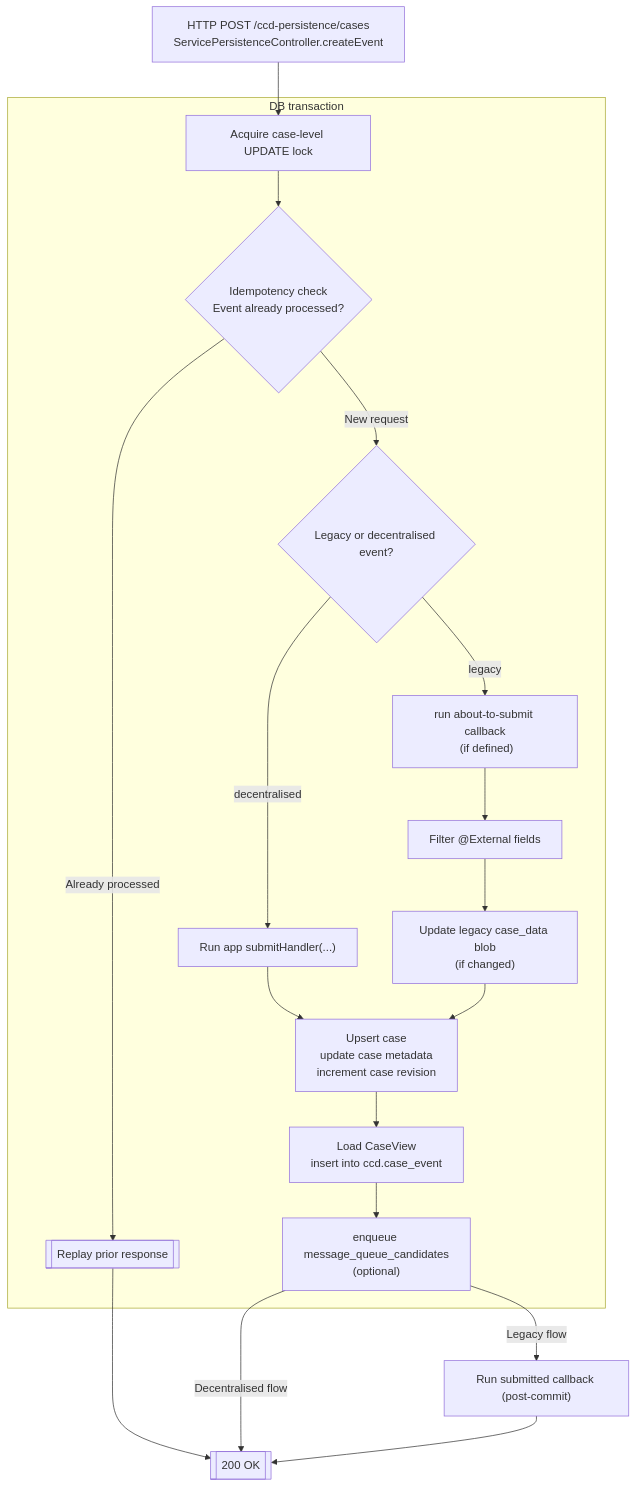
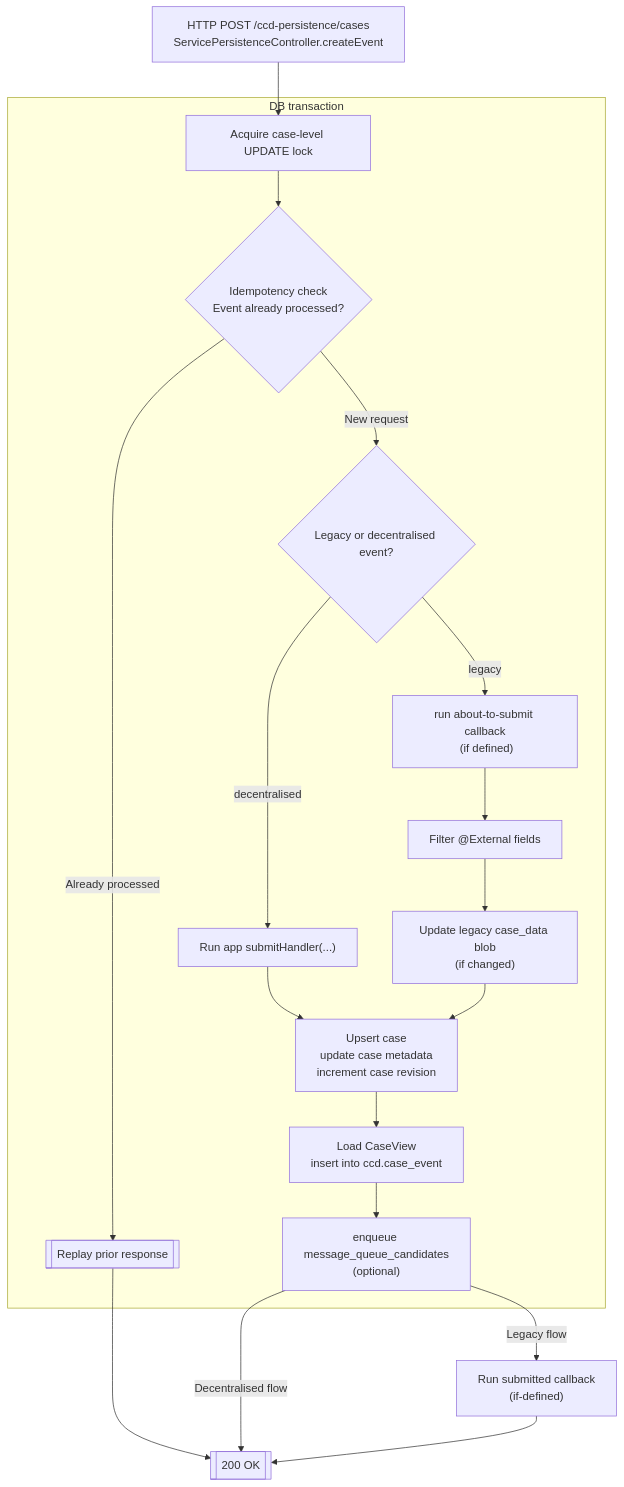
Before and after one commit to hmcts/dtsse-ccd-config-generator: the second of 2 diagrams in docs/decentralised-runtime.md, drawn with Mermaid. The commit also changed other lines of this file and 5 other files, not shown here.

````diff
--- a/docs/decentralised-runtime.md
+++ b/docs/decentralised-runtime.md
@@ -153,39 +153,39 @@
 ```mermaid
 flowchart TB
   A["HTTP POST /ccd-persistence/cases<br/>ServicePersistenceController.createEvent"] --> LOCK["Acquire case-level UPDATE lock"]
 
   subgraph TX [DB transaction]
     LOCK --> LCK{Idempotency check<br/>Event already processed?}
     LCK -->|Already processed| HIT[[Replay prior response]]
     LCK -->|New request| HANDLER{Legacy or decentralised event?}
 
     HANDLER -->|decentralised| NEW["Run app submitHandler(...)"]
     HANDLER -->|legacy| LEG["run about-to-submit callback</br> (if defined)"]
 
     LEG --> SNAP["Filter @External fields"]
     SNAP --> BLOB["Update legacy case_data blob</br>(if changed)"]
     NEW --> UPS
     BLOB --> UPS["Upsert case<br/>update case metadata</br>increment case revision"]
 
     UPS --> VIEW["Load CaseView</br>insert into ccd.case_event"]
     VIEW --> BUS["enqueue message_queue_candidates</br>(optional)"]
   end
 
   HIT --> HTTP200[[200 OK]]
-  BUS -->|Legacy flow| SUBM["Run submitted callback (post-commit)"]
+  BUS -->|Legacy flow| SUBM["Run submitted callback</br>(if-defined)"]
   BUS -->|Decentralised flow| HTTP200
   SUBM --> HTTP200
 
   click A "https://github.com/hmcts/dtsse-ccd-config-generator/blob/master/sdk/decentralised-runtime/src/main/java/uk/gov/hmcts/ccd/sdk/impl/ServicePersistenceController.java#L58" "ServicePersistenceController.java" _blank
   click C "https://github.com/hmcts/dtsse-ccd-config-generator/blob/master/sdk/decentralised-runtime/src/main/java/uk/gov/hmcts/ccd/sdk/impl/CaseSubmissionService.java#L36" "CaseSubmissionService.java" _blank
   click LOCK "https://github.com/hmcts/dtsse-ccd-config-generator/blob/master/sdk/decentralised-runtime/src/main/java/uk/gov/hmcts/ccd/sdk/impl/IdempotencyEnforcer.java#L31" "Acquire lock" _blank
   click LCK "https://github.com/hmcts/dtsse-ccd-config-generator/blob/master/sdk/decentralised-runtime/src/main/java/uk/gov/hmcts/ccd/sdk/impl/IdempotencyEnforcer.java#L22" "IdempotencyEnforcer.lockCaseAndGetExistingEvent" _blank
   click NEW "https://github.com/hmcts/dtsse-ccd-config-generator/blob/master/sdk/decentralised-runtime/src/main/java/uk/gov/hmcts/ccd/sdk/impl/DecentralisedSubmissionHandler.java#L27" "DecentralisedSubmissionHandler.apply" _blank
   click LEG "https://github.com/hmcts/dtsse-ccd-config-generator/blob/master/sdk/decentralised-runtime/src/main/java/uk/gov/hmcts/ccd/sdk/impl/LegacyCallbackSubmissionHandler.java#L51" "LegacyCallbackSubmissionHandler.apply" _blank
   click SNAP "https://github.com/hmcts/dtsse-ccd-config-generator/blob/master/sdk/decentralised-runtime/src/main/java/uk/gov/hmcts/ccd/sdk/impl/LegacyCallbackSubmissionHandler.java#L195" "snapshotWithFilteredFields" _blank
   click UPS "https://github.com/hmcts/dtsse-ccd-config-generator/blob/master/sdk/decentralised-runtime/src/main/java/uk/gov/hmcts/ccd/sdk/impl/CaseDataRepository.java#L105" "CaseDataRepository.upsertCase" _blank
   click VIEW "https://github.com/hmcts/dtsse-ccd-config-generator/blob/master/sdk/decentralised-runtime/src/main/java/uk/gov/hmcts/ccd/sdk/impl/CaseProjectionService.java#L52" "CaseProjectionService.load" _blank
   click AUD "https://github.com/hmcts/dtsse-ccd-config-generator/blob/master/sdk/decentralised-runtime/src/main/java/uk/gov/hmcts/ccd/sdk/impl/AuditEventService.java#L67" "AuditEventService.saveAuditRecord" _blank
   click BUS "https://github.com/hmcts/dtsse-ccd-config-generator/blob/master/sdk/decentralised-runtime/src/main/java/uk/gov/hmcts/ccd/sdk/impl/MessagePublisher.java#L79" "MessagePublisher.publishEvent" _blank
   click HANDLER "https://github.com/hmcts/dtsse-ccd-config-generator/blob/9fe79e8e30e98faf96dc3411d069b09a08a2a295/sdk/decentralised-runtime/src/main/java/uk/gov/hmcts/ccd/sdk/impl/CaseSubmissionService.java#L42" _blank
 ```
````
